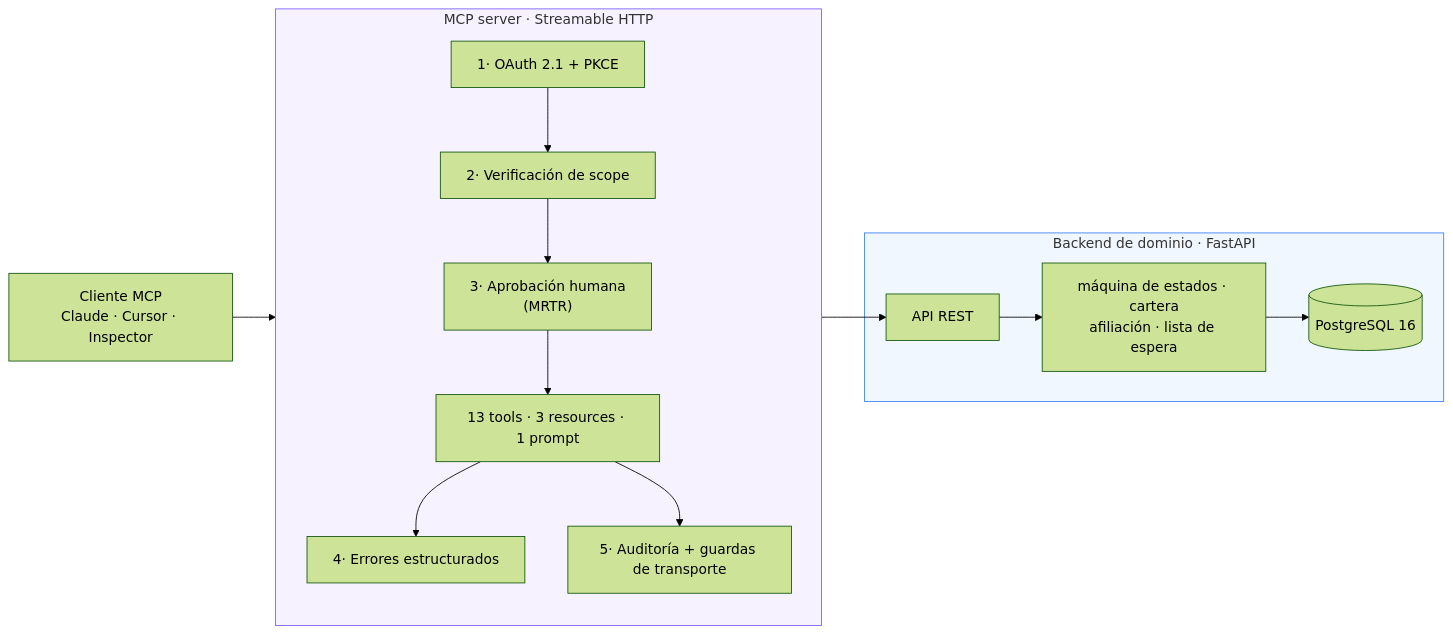
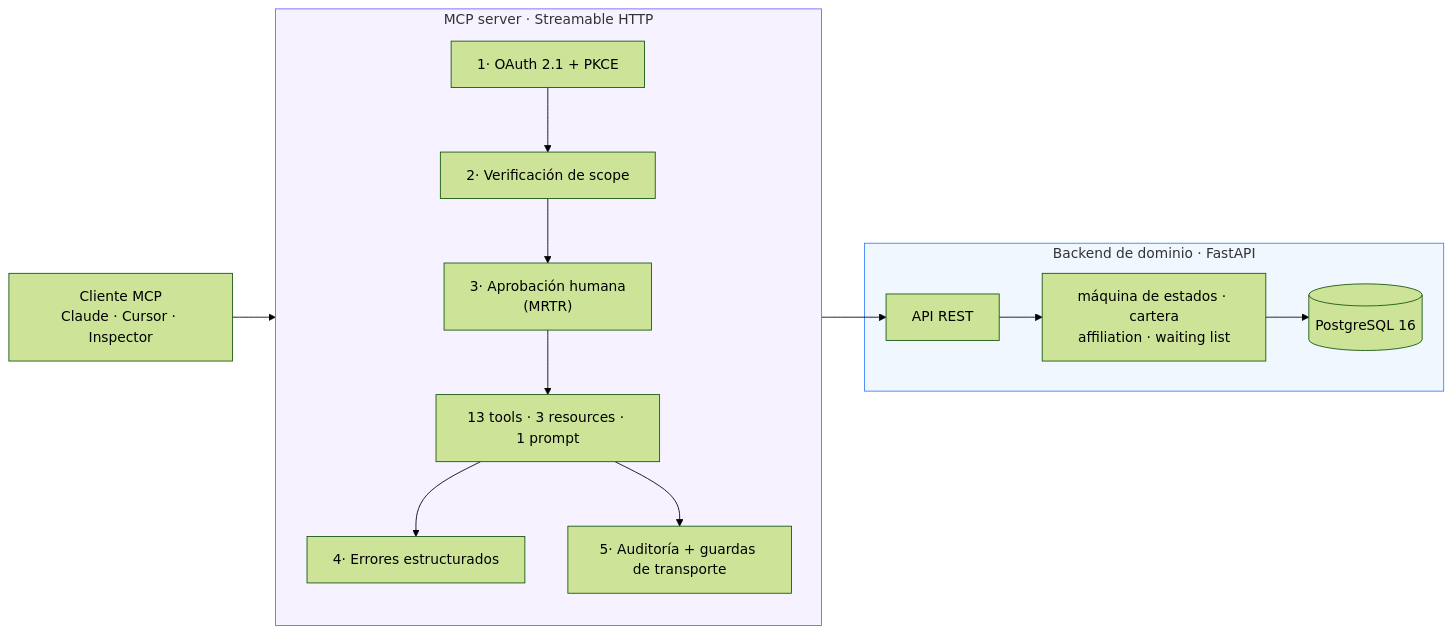
Before and after one commit to dylanbc1/dental-clinic-mcp-server: the diagram in README.es.md, drawn with Mermaid (forest theme). The commit also changed other lines of this file and 11 other files, not shown here.

````diff
--- a/README.es.md
+++ b/README.es.md
@@ -62,17 +62,17 @@
 ```mermaid
 flowchart LR
     C["Cliente MCP<br/>Claude · Cursor · Inspector"]
     subgraph mcp["MCP server · Streamable HTTP"]
       direction TB
       A1["1· OAuth 2.1 + PKCE"] --> A2["2· Verificación de scope"] --> A3["3· Aprobación humana<br/>(MRTR)"] --> T["13 tools · 3 resources · 1 prompt"]
       T --> A4["4· Errores estructurados"]
       T --> A5["5· Auditoría + guardas de transporte"]
     end
     subgraph be["Backend de dominio · FastAPI"]
-      API["API REST"] --> DOM["máquina de estados · cartera<br/>afiliación · lista de espera"] --> DB[("PostgreSQL 16")]
+      API["API REST"] --> DOM["máquina de estados · cartera<br/>affiliation · waiting list"] --> DB[("PostgreSQL 16")]
     end
     C --> A1
     T --> API
     style mcp fill:#f6f2ff,stroke:#7c5cff
     style be fill:#f0f7ff,stroke:#3b82f6
 ```
````
